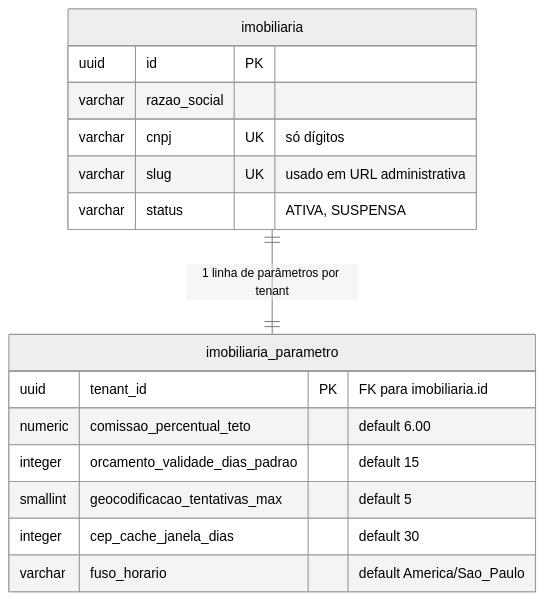
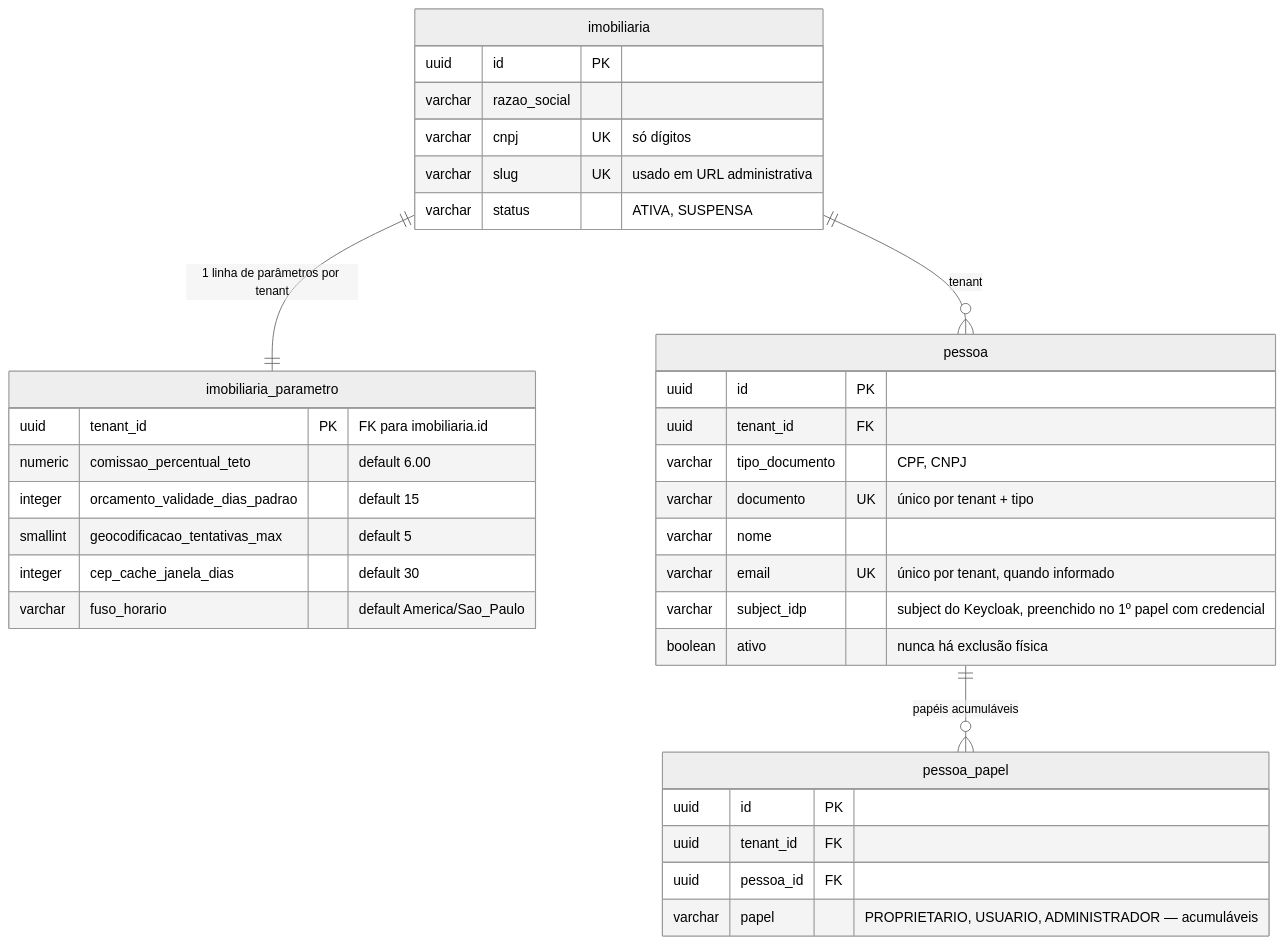
Before and after one commit to rockgustavo/imoveisbackSaas: the diagram in README.md, drawn with Mermaid (neutral theme). The commit also changed other lines of this file and 59 other files, not shown here.

````diff
--- a/README.md
+++ b/README.md
@@ -149,21 +158,41 @@
 ```mermaid
 erDiagram
     imobiliaria {
         uuid id PK
         varchar razao_social
         varchar cnpj UK "só dígitos"
         varchar slug UK "usado em URL administrativa"
         varchar status "ATIVA, SUSPENSA"
     }
 
     imobiliaria_parametro {
         uuid tenant_id PK "FK para imobiliaria.id"
         numeric comissao_percentual_teto "default 6.00"
         integer orcamento_validade_dias_padrao "default 15"
         smallint geocodificacao_tentativas_max "default 5"
         integer cep_cache_janela_dias "default 30"
         varchar fuso_horario "default America/Sao_Paulo"
     }
 
+    pessoa {
+        uuid id PK
+        uuid tenant_id FK
+        varchar tipo_documento "CPF, CNPJ"
+        varchar documento UK "único por tenant + tipo"
+        varchar nome
+        varchar email UK "único por tenant, quando informado"
+        varchar subject_idp "subject do Keycloak, preenchido no 1º papel com credencial"
+        boolean ativo "nunca há exclusão física"
+    }
+
+    pessoa_papel {
+        uuid id PK
+        uuid tenant_id FK
+        uuid pessoa_id FK
+        varchar papel "PROPRIETARIO, USUARIO, ADMINISTRADOR — acumuláveis"
+    }
+
     imobiliaria ||--|| imobiliaria_parametro : "1 linha de parâmetros por tenant"
+    imobiliaria ||--o{ pessoa : "tenant"
+    pessoa ||--o{ pessoa_papel : "papéis acumuláveis"
 ```
````
